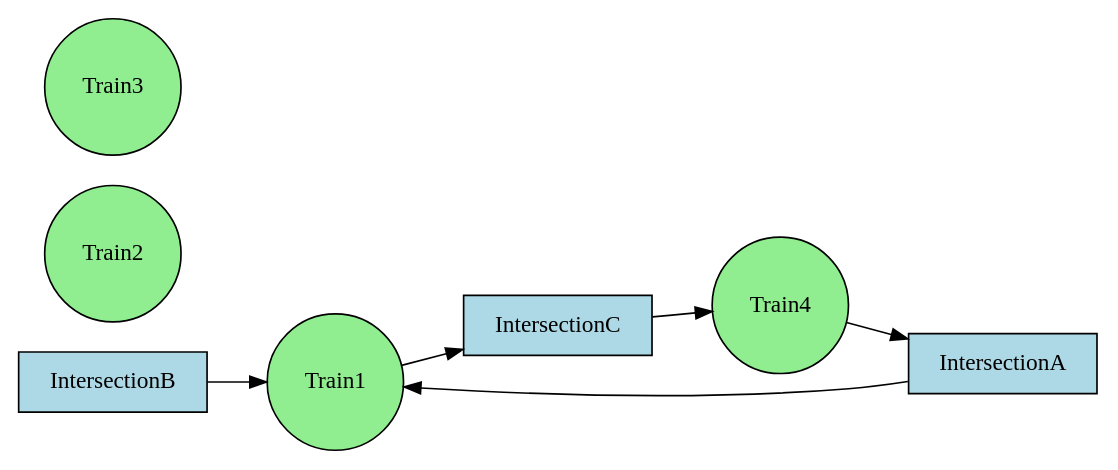
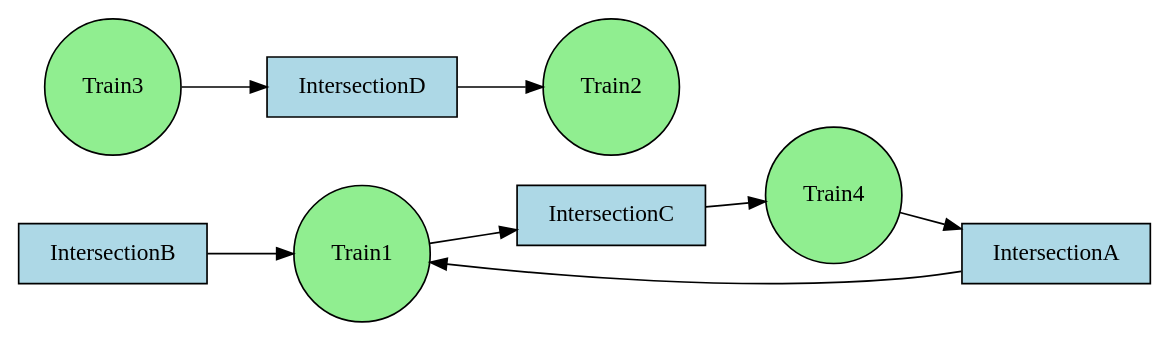
The diagram in rag.dot (Epsilon157/Group-D), drawn with Graphviz before and after one commit. The commit also changed 3 other files, not shown here.

```diff
--- a/rag.dot
+++ b/rag.dot
@@ -1,13 +1,15 @@
 digraph RAG {
   rankdir=LR;
   node [shape=rectangle, style=filled, fillcolor=lightblue];
   "Train1" [shape=circle, fillcolor=lightgreen];
   "IntersectionA" -> "Train1";
   "IntersectionB" -> "Train1";
   "Train1" -> "IntersectionC";
   "Train2" [shape=circle, fillcolor=lightgreen];
+  "IntersectionD" -> "Train2";
   "Train3" [shape=circle, fillcolor=lightgreen];
+  "Train3" -> "IntersectionD";
   "Train4" [shape=circle, fillcolor=lightgreen];
   "IntersectionC" -> "Train4";
   "Train4" -> "IntersectionA";
 }
```
